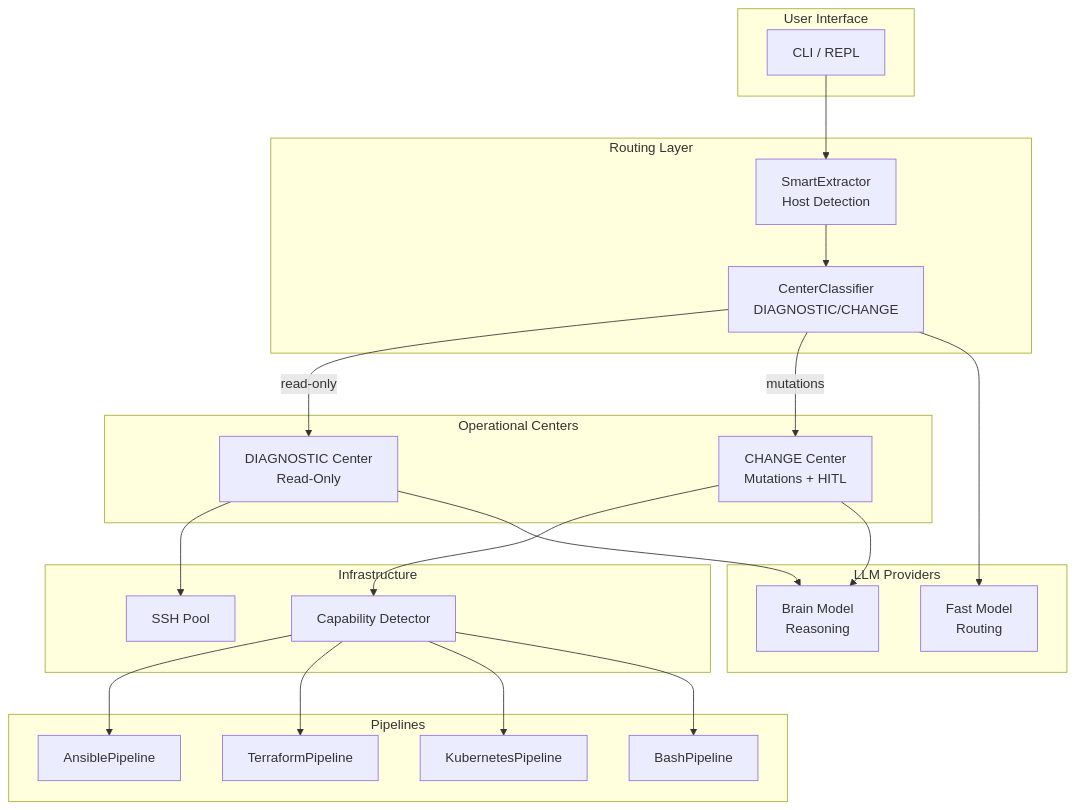
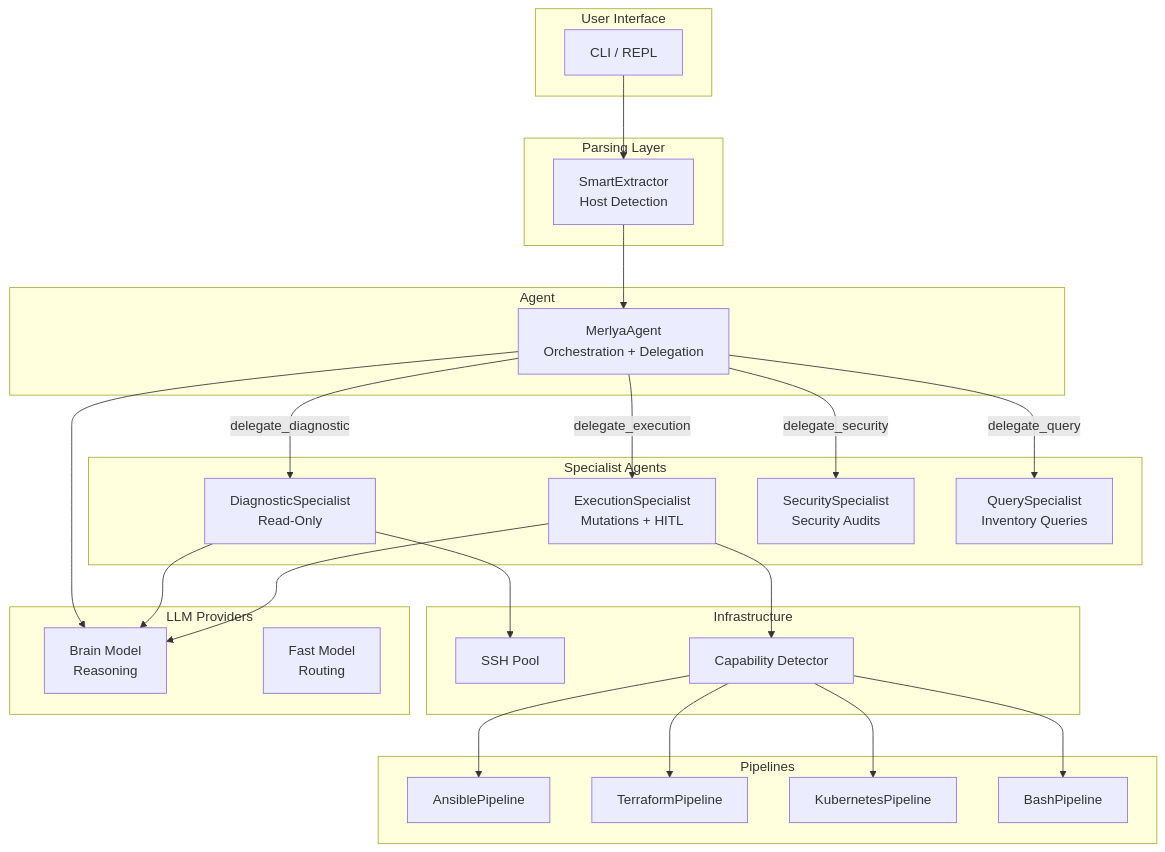
Before and after one commit to m-kis/merlya: the diagram in docs/architecture/decisions.md, drawn with Mermaid. The commit also changed other lines of this file and 3 other files, not shown here.

First line of the commit message:
docs: update architecture docs for v0.8.3 specialist-based agent

````diff
--- a/docs/architecture/decisions.md
+++ b/docs/architecture/decisions.md
@@ -9,47 +9,54 @@
 ```mermaid
 graph TB
     subgraph "User Interface"
         CLI[CLI / REPL]
     end
 
-    subgraph "Routing Layer"
+    subgraph "Parsing Layer"
         SmartExtractor[SmartExtractor<br/>Host Detection]
-        CenterClassifier[CenterClassifier<br/>DIAGNOSTIC/CHANGE]
     end
 
-    subgraph "Operational Centers"
-        DiagCenter[DIAGNOSTIC Center<br/>Read-Only]
-        ChangeCenter[CHANGE Center<br/>Mutations + HITL]
+    subgraph "Agent"
+        MerlyaAgent[MerlyaAgent<br/>Orchestration + Delegation]
+    end
+
+    subgraph "Specialist Agents"
+        DiagSpec[DiagnosticSpecialist<br/>Read-Only]
+        ExecSpec[ExecutionSpecialist<br/>Mutations + HITL]
+        SecSpec[SecuritySpecialist<br/>Security Audits]
+        QuerySpec[QuerySpecialist<br/>Inventory Queries]
     end
 
     subgraph "Pipelines"
         Ansible[AnsiblePipeline]
         Terraform[TerraformPipeline]
         K8s[KubernetesPipeline]
         Bash[BashPipeline]
     end
 
     subgraph "Infrastructure"
         SSH[SSH Pool]
         Capabilities[Capability Detector]
     end
 
     subgraph "LLM Providers"
         Brain[Brain Model<br/>Reasoning]
         Fast[Fast Model<br/>Routing]
     end
 
     CLI --> SmartExtractor
-    SmartExtractor --> CenterClassifier
-    CenterClassifier -->|read-only| DiagCenter
-    CenterClassifier -->|mutations| ChangeCenter
-    DiagCenter --> SSH
-    ChangeCenter --> Capabilities
+    SmartExtractor --> MerlyaAgent
+    MerlyaAgent -->|delegate_diagnostic| DiagSpec
+    MerlyaAgent -->|delegate_execution| ExecSpec
+    MerlyaAgent -->|delegate_security| SecSpec
+    MerlyaAgent -->|delegate_query| QuerySpec
+    DiagSpec --> SSH
+    ExecSpec --> Capabilities
     Capabilities --> Ansible
     Capabilities --> Terraform
     Capabilities --> K8s
     Capabilities --> Bash
-    CenterClassifier --> Fast
-    DiagCenter --> Brain
-    ChangeCenter --> Brain
+    MerlyaAgent --> Brain
+    DiagSpec --> Brain
+    ExecSpec --> Brain
 ```
````
